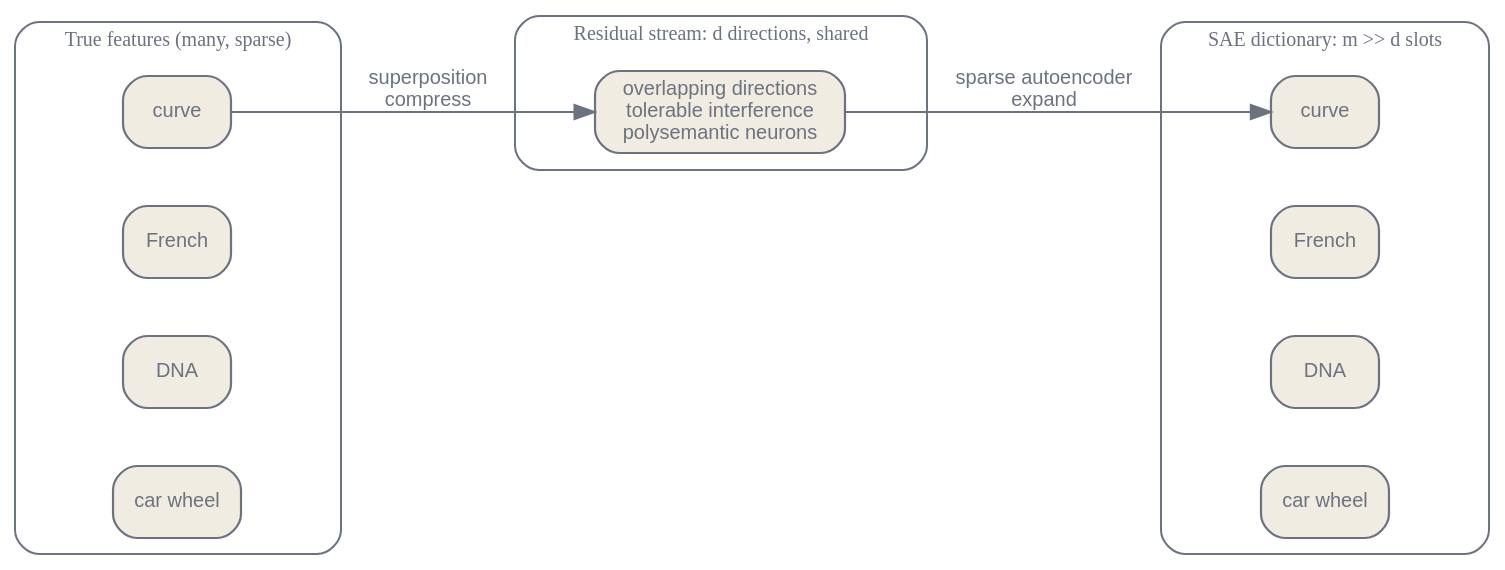
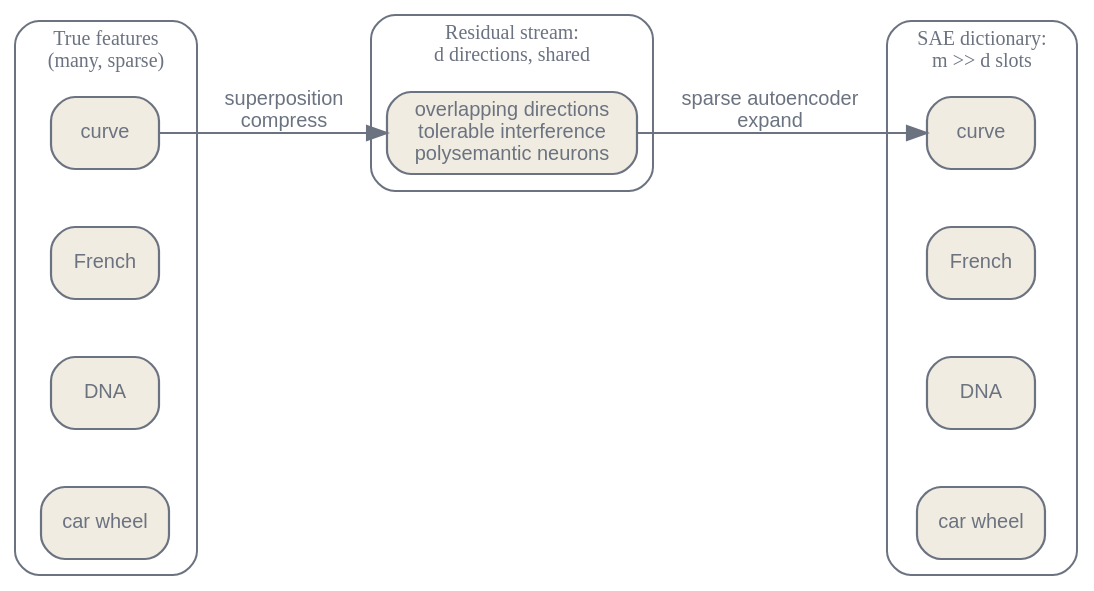
One commit to latere-ai/ai-as-an-infrastructure changed the first of 2 diagrams in en/safety/01-mechanistic-interpretability.qmd. Above: the diagram before and after it, drawn with Graphviz. The commit also changed 3 other files, not shown here.

Commit message:
diagrams: space license fan-out labels and wrap SAE cluster labels so CJK fits

````diff
--- a/en/safety/01-mechanistic-interpretability.qmd
+++ b/en/safety/01-mechanistic-interpretability.qmd
@@ -97,32 +97,32 @@
 ```{dot}
 //| label: fig-interpretability-superposition
 //| fig-cap: "Superposition packs many sparse features into a narrow residual stream, and an overcomplete SAE expands them back into monosemantic slots. After Elhage et al. (2022) and Bricken et al. (2023)."
 digraph {
   bgcolor="transparent";
   rankdir=LR;
   nodesep=0.4; ranksep=0.5;
   node [shape=box, style="rounded,filled", fontname="Helvetica", fontsize=10, color="#6b7280", fontcolor="#6b7280", fillcolor="#f1ece1", penwidth=1.1];
   edge [fontsize=10, fontname="Helvetica", color="#6b7280", fontcolor="#6b7280"];
 
   subgraph cluster_world {
-    label="True features (many, sparse)"; style=rounded; color="#6b7280"; fontcolor="#6b7280"; fontsize=10;
+    label="True features\n(many, sparse)"; style=rounded; color="#6b7280"; fontcolor="#6b7280"; fontsize=10;
     f1 [label="curve"];
     f2 [label="French"];
     f3 [label="DNA"];
     f4 [label="car wheel"];
   }
   subgraph cluster_stream {
-    label="Residual stream: d directions, shared"; style=rounded; color="#6b7280"; fontcolor="#6b7280"; fontsize=10;
+    label="Residual stream:\nd directions, shared"; style=rounded; color="#6b7280"; fontcolor="#6b7280"; fontsize=10;
     s [label="overlapping directions\ntolerable interference\npolysemantic neurons"];
   }
   subgraph cluster_dict {
-    label="SAE dictionary: m >> d slots"; style=rounded; color="#6b7280"; fontcolor="#6b7280"; fontsize=10;
+    label="SAE dictionary:\nm >> d slots"; style=rounded; color="#6b7280"; fontcolor="#6b7280"; fontsize=10;
     d1 [label="curve"];
     d2 [label="French"];
     d3 [label="DNA"];
     d4 [label="car wheel"];
   }
   f1 -> s [label="superposition\ncompress"];
   s -> d1 [label="sparse autoencoder\nexpand"];
 }
 ```
````
